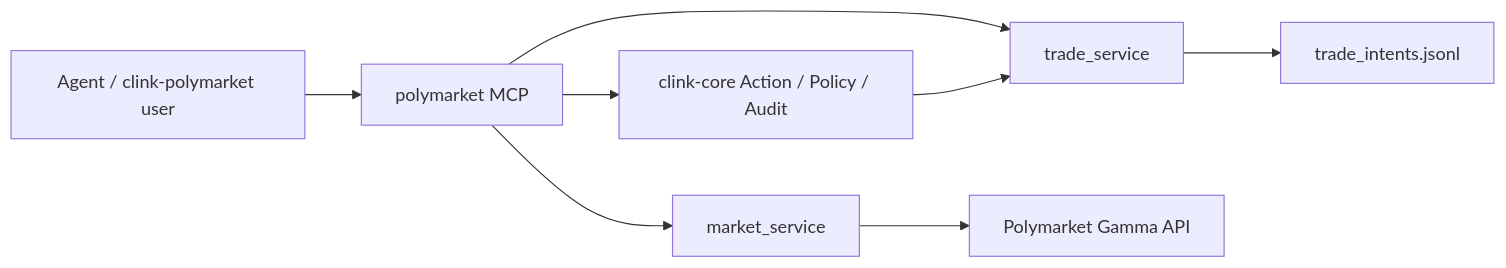
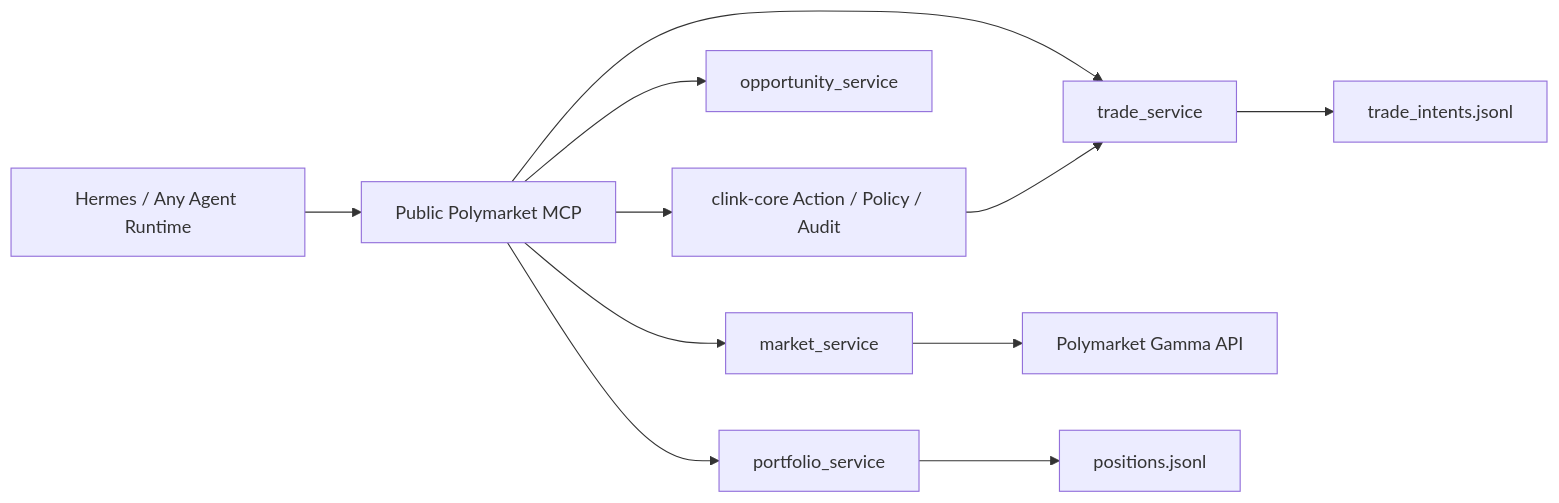
Before and after one commit to JeffFeng123/clink-polymarket: the diagram in README.md, drawn with Mermaid. The commit also changed other lines of this file and 16 other files, not shown here.

Commit message:
Add public MCP trading surface

````diff
--- a/README.md
+++ b/README.md
@@ -53,10 +55,13 @@
 ```mermaid
 flowchart LR
-    AGENT[Agent / clink-polymarket user] --> MCP[polymarket MCP]
+    AGENT[Hermes / Any Agent Runtime] --> MCP[Public Polymarket MCP]
     MCP --> MARKET[market_service]
+    MCP --> OPPORTUNITY[opportunity_service]
     MCP --> TRADE[trade_service]
+    MCP --> PORTFOLIO[portfolio_service]
     MARKET --> GAMMA[Polymarket Gamma API]
-    TRADE --> STORE[trade_intents.jsonl]
+    TRADE --> TRADE_STORE[trade_intents.jsonl]
+    PORTFOLIO --> POSITION_STORE[positions.jsonl]
     MCP --> CORE[clink-core Action / Policy / Audit]
     CORE --> TRADE
 ```
````
